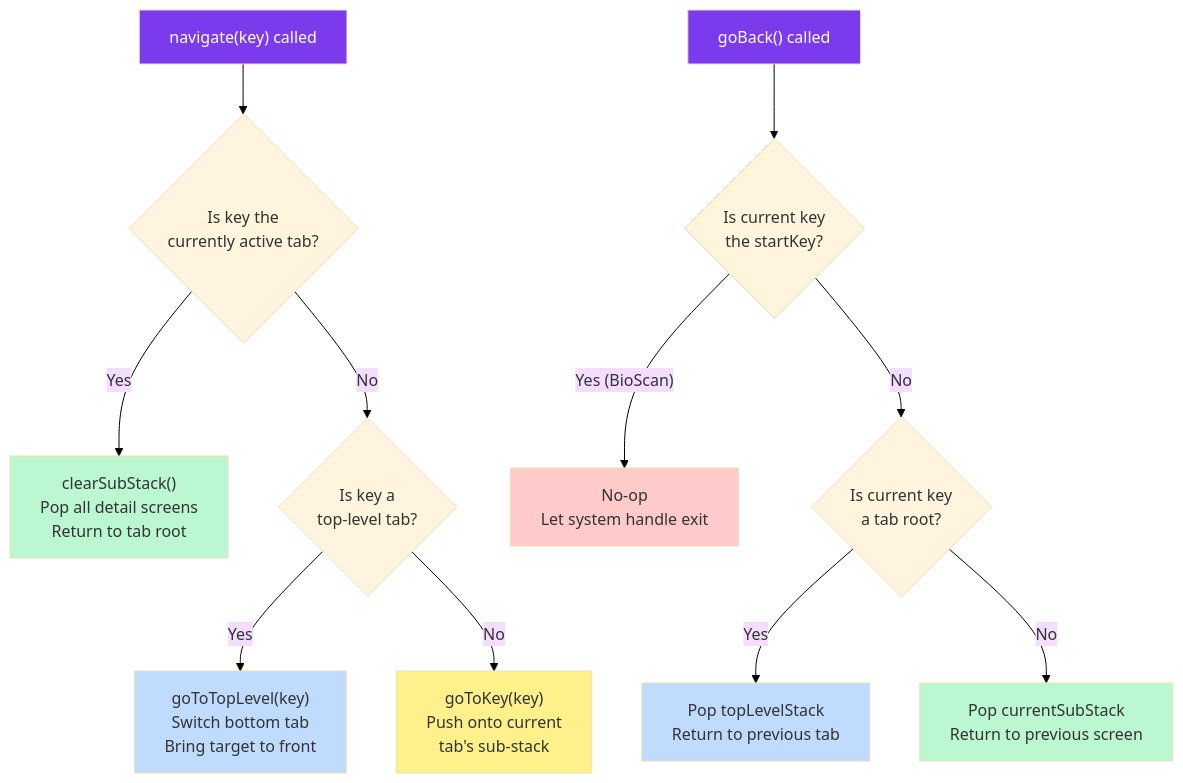
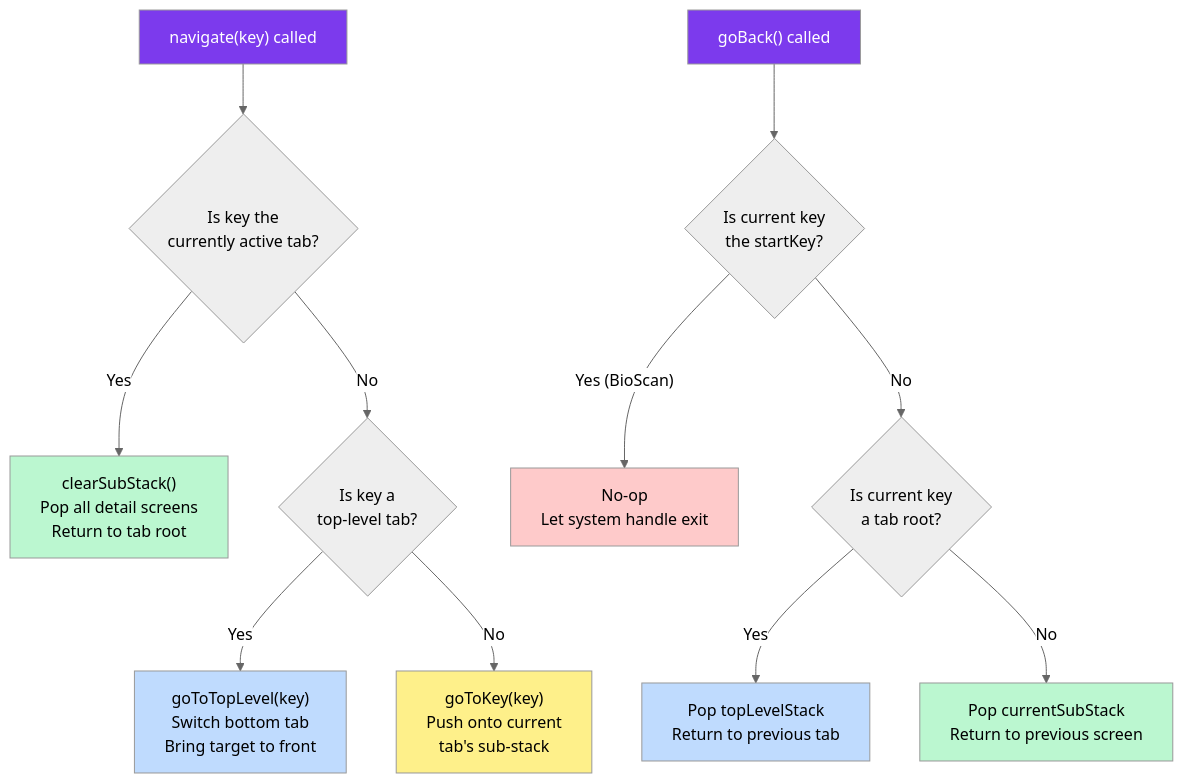
Before and after one commit to vikas-kmr1/Medyo: the sixth of 12 diagrams in medyo_module_graphs.md, drawn with Mermaid. The commit also changed other lines of this file, not shown here.

First line of the commit message:
docs: update Mermaid diagram themes in module graphs

````diff
--- a/medyo_module_graphs.md
+++ b/medyo_module_graphs.md
@@ -303,24 +303,24 @@
 ```mermaid
-%%{init: {'theme': 'base', 'themeVariables': { 'background': '#ffffff' }}}%%
+%%{init: {'theme': 'neutral', 'themeVariables': { 'darkMode': false }}}%%
 flowchart TD
     A["navigate(key) called"] --> B{Is key the\ncurrently active tab?}
     B -->|Yes| C["clearSubStack()\nPop all detail screens\nReturn to tab root"]
     B -->|No| D{Is key a\ntop-level tab?}
     D -->|Yes| E["goToTopLevel(key)\nSwitch bottom tab\nBring target to front"]
     D -->|No| F["goToKey(key)\nPush onto current\ntab's sub-stack"]
 
     G["goBack() called"] --> H{Is current key\nthe startKey?}
     H -->|"Yes (BioScan)"| I["No-op\nLet system handle exit"]
     H -->|No| J{Is current key\na tab root?}
     J -->|Yes| K["Pop topLevelStack\nReturn to previous tab"]
     J -->|No| L["Pop currentSubStack\nReturn to previous screen"]
 
     style A fill:#7c3aed,color:#fff
     style G fill:#7c3aed,color:#fff
     style C fill:#bbf7d0
     style E fill:#bfdbfe
     style F fill:#fef08a
     style I fill:#fecaca
     style K fill:#bfdbfe
     style L fill:#bbf7d0
 ```
````
